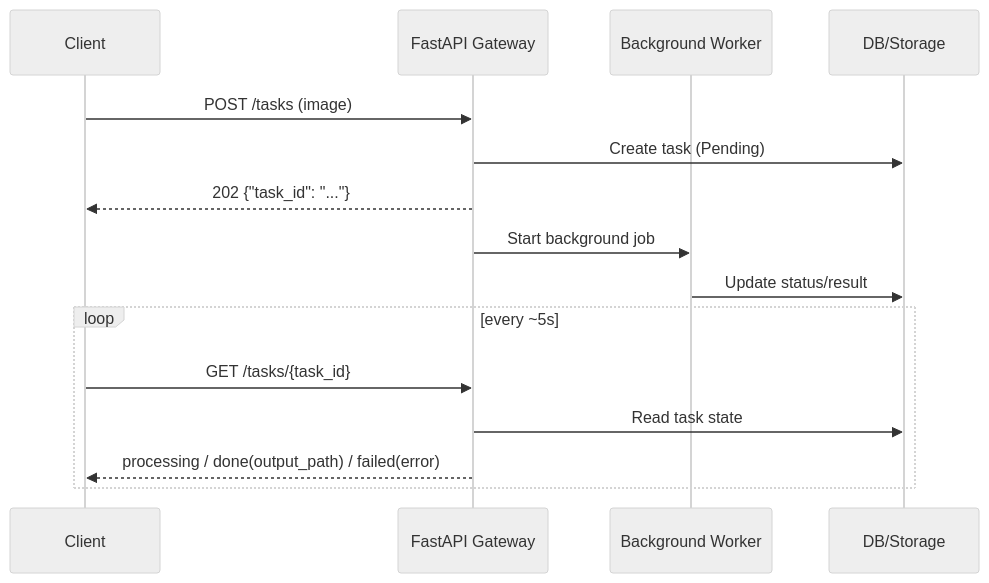
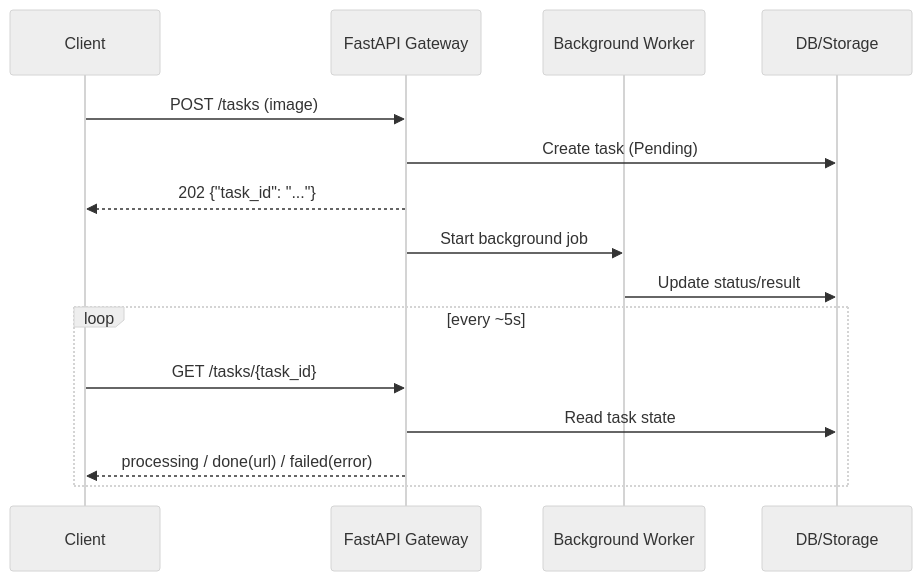
One commit to mdtsai456/Life-Course-Remove-Background changed the diagram in docs/PRD_v1.md. Above: the diagram before and after it, drawn with Mermaid (neutral theme). The commit also changed other lines of this file and 2 other files, not shown here.

Commit message:
docs: consolidate PRD/SDD, align with existing Phase 0 architecture analysis

````diff
--- a/docs/PRD_v1.md
+++ b/docs/PRD_v1.md
@@ -81,18 +126,18 @@
 ```mermaid
 sequenceDiagram
     participant C as Client
     participant G as FastAPI Gateway
     participant B as Background Worker
     participant D as DB/Storage
 
     C->>G: POST /tasks (image)
     G->>D: Create task (Pending)
     G-->>C: 202 {"task_id": "..."}
     G->>B: Start background job
     B->>D: Update status/result
     loop every ~5s
         C->>G: GET /tasks/{task_id}
         G->>D: Read task state
-        G-->>C: processing / done(output_path) / failed(error)
+        G-->>C: processing / done(url) / failed(error)
     end
 ```
````
